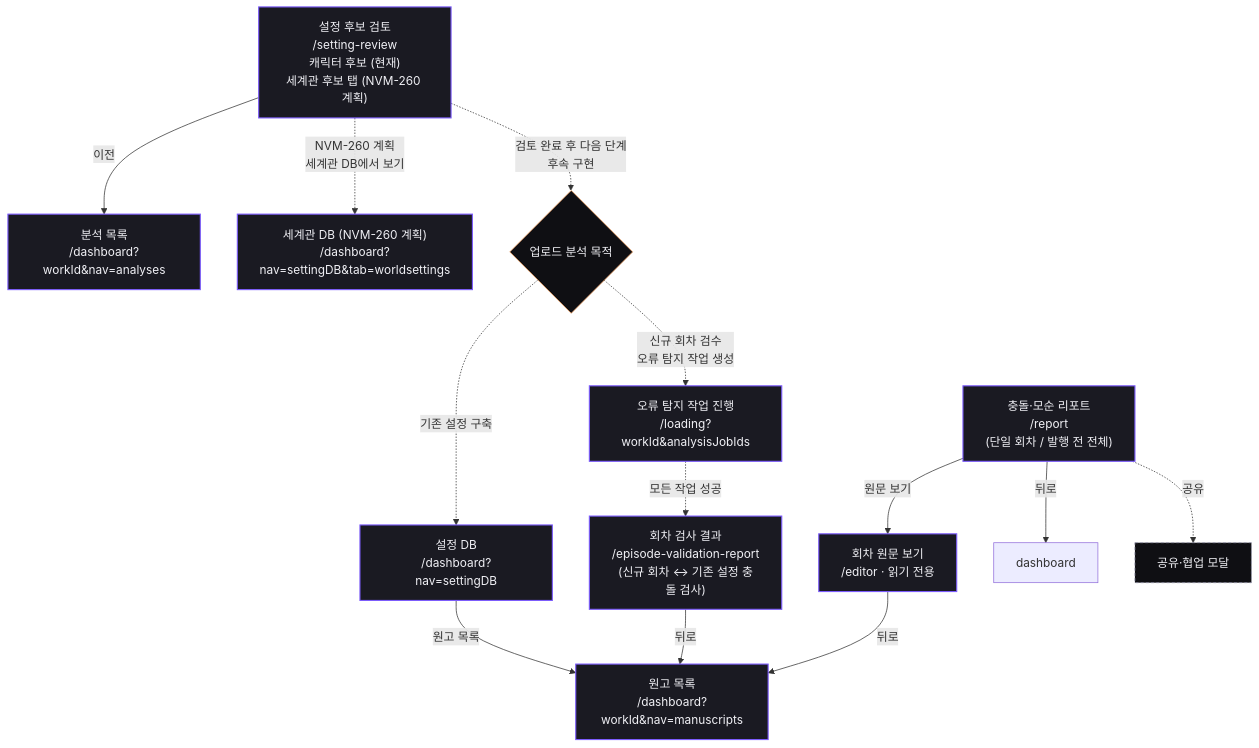
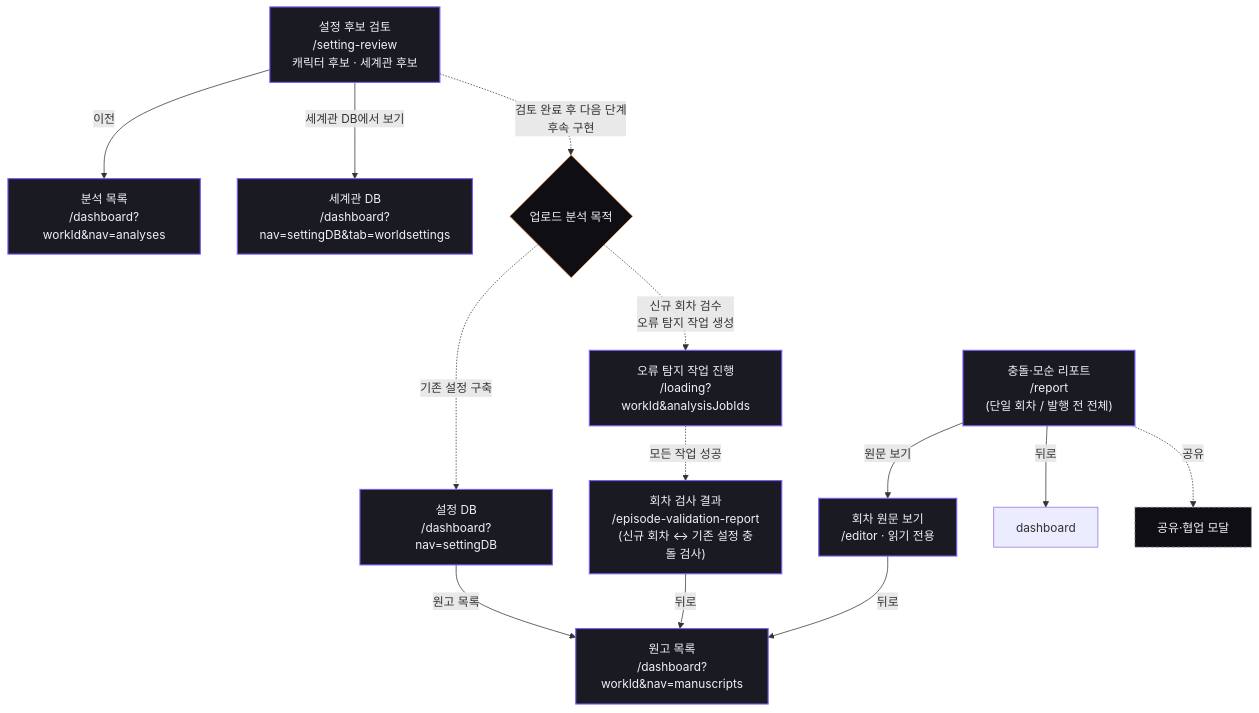
One commit to catchhole-soma/catchhole-front changed the seventh of 7 diagrams in docs/screen-flow.md. Above: the diagram before and after it, drawn with Mermaid. The commit also changed other lines of this file and 4 other files, not shown here.

First line of the commit message:
docs(world-setting): 세계관 화면 계약을 구현 상태로 갱신

````diff
--- a/docs/screen-flow.md
+++ b/docs/screen-flow.md
@@ -410,31 +408,31 @@
 ```mermaid
 flowchart TD
-  review["설정 후보 검토<br/>/setting-review<br/>캐릭터 후보 (현재)<br/>세계관 후보 탭 (NVM-260 계획)"]:::private
+  review["설정 후보 검토<br/>/setting-review<br/>캐릭터 후보 · 세계관 후보"]:::private
   review -- "이전" --> analyses["분석 목록<br/>/dashboard?workId&nav=analyses"]:::private
 
   manuscripts["원고 목록<br/>/dashboard?workId&nav=manuscripts"]:::private
 
   settingDB["설정 DB<br/>/dashboard?nav=settingDB"]:::private
-  worldDB["세계관 DB (NVM-260 계획)<br/>/dashboard?nav=settingDB&tab=worldsettings"]:::private
+  worldDB["세계관 DB<br/>/dashboard?nav=settingDB&tab=worldsettings"]:::private
   purpose{"업로드 분석 목적"}:::decision
   review -. "검토 완료 후 다음 단계<br/>후속 구현" .-> purpose
-  review -. "NVM-260 계획<br/>세계관 DB에서 보기" .-> worldDB
+  review -- "세계관 DB에서 보기" --> worldDB
   purpose -. "기존 설정 구축" .-> settingDB
   settingDB -- "원고 목록" --> manuscripts
 
   valreport["회차 검사 결과<br/>/episode-validation-report<br/>(신규 회차 ↔ 기존 설정 충돌 검사)"]:::private
   validation["오류 탐지 작업 진행<br/>/loading?workId&analysisJobIds"]:::private
   purpose -. "신규 회차 검수<br/>오류 탐지 작업 생성" .-> validation
   validation -. "모든 작업 성공" .-> valreport
   valreport -- "뒤로" --> manuscripts
 
   report["충돌·모순 리포트<br/>/report<br/>(단일 회차 / 발행 전 전체)"]:::private
   report -- "원문 보기" --> source["회차 원문 보기<br/>/editor · 읽기 전용"]:::private
   source -- "뒤로" --> manuscripts
   report -- "뒤로" --> dashboard
   report -. "공유" .-> share["공유·협업 모달"]:::modal
 
   classDef private fill:#1A1A22,stroke:#7C5CFC,stroke-width:1.5px,color:#F0F0F5;
   classDef modal fill:#0F0F13,stroke:#9090A8,stroke-dasharray:4 3,color:#F0F0F5;
   classDef decision fill:#0F0F13,stroke:#F4A261,color:#F0F0F5;
 ```
````
